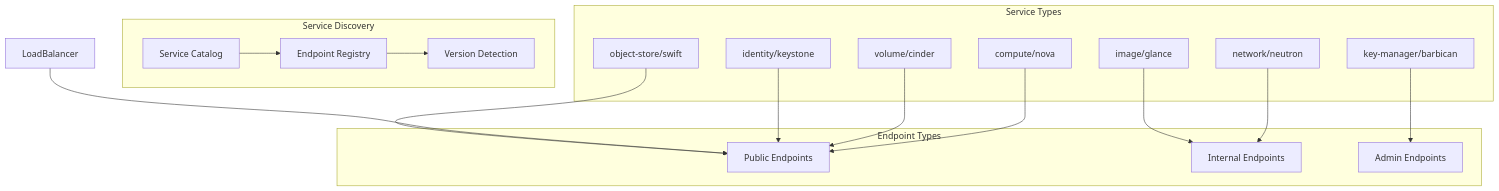
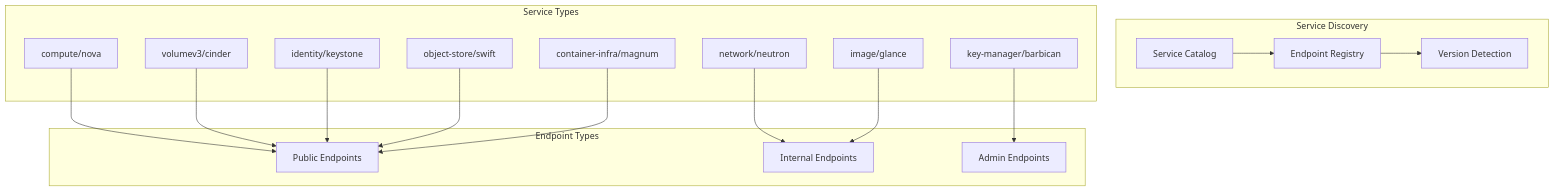
One commit to bluejayA/substation changed the second of 9 diagrams in docs/reference/openstack/index.md. Above: the diagram before and after it, drawn with Mermaid. The commit also changed other lines of this file and 61 other files, not shown here.

````diff
--- a/docs/reference/openstack/index.md
+++ b/docs/reference/openstack/index.md
@@ -254,36 +276,37 @@
 ```mermaid
 graph TB
     subgraph "Service Discovery"
         Catalog[Service Catalog]
         Endpoints[Endpoint Registry]
         Versions[Version Detection]
     end
 
     subgraph "Service Types"
         Compute[compute/nova]
         Network[network/neutron]
-        Volume[volume/cinder]
+        Volume[volumev3/cinder]
         Image[image/glance]
         Identity[identity/keystone]
         KeyManager[key-manager/barbican]
         ObjectStorage[object-store/swift]
+        ContainerInfra[container-infra/magnum]
     end
 
     subgraph "Endpoint Types"
         Public[Public Endpoints]
         Internal[Internal Endpoints]
         Admin[Admin Endpoints]
     end
 
     Catalog --> Endpoints
     Endpoints --> Versions
 
     Compute --> Public
     Network --> Internal
     Volume --> Public
     Image --> Internal
     Identity --> Public
     KeyManager --> Admin
-    LoadBalancer --> Public
     ObjectStorage --> Public
+    ContainerInfra --> Public
 ```
````
